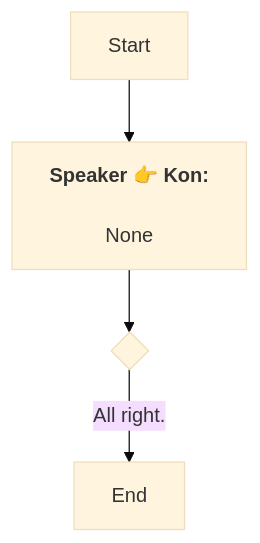
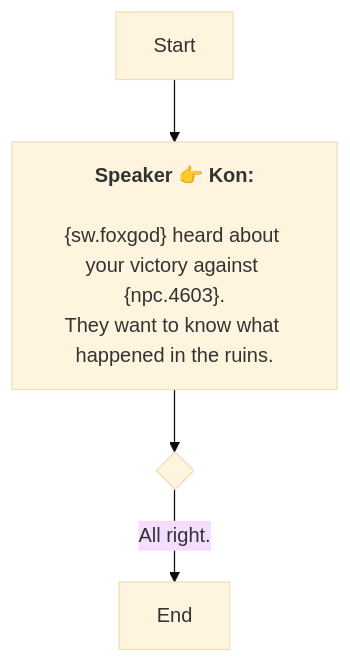
The diagram in En/QuestStartTalkENode_1761913551980846.md (SoftHu/tos_avg), drawn with Mermaid (base theme) before and after one commit. The commit also changed 297 other files, not shown here.

````diff
--- a/En/QuestStartTalkENode_1761913551980846.md
+++ b/En/QuestStartTalkENode_1761913551980846.md
@@ -1,9 +1,10 @@
 ```mermaid
 graph
 Start -->1761913589297457[<b>Speaker 👉 Kon:</b>
 
-None]
+&lbrace;sw.foxgod&rbrace; heard about your victory against &lbrace;npc.4603&rbrace;.
+They want to know what happened in the ruins.]
 1761913589297457 -->1761913663591730{ }
 1761913663591730 -->|All right.|1761913677739318[End]
 
  ```
````
